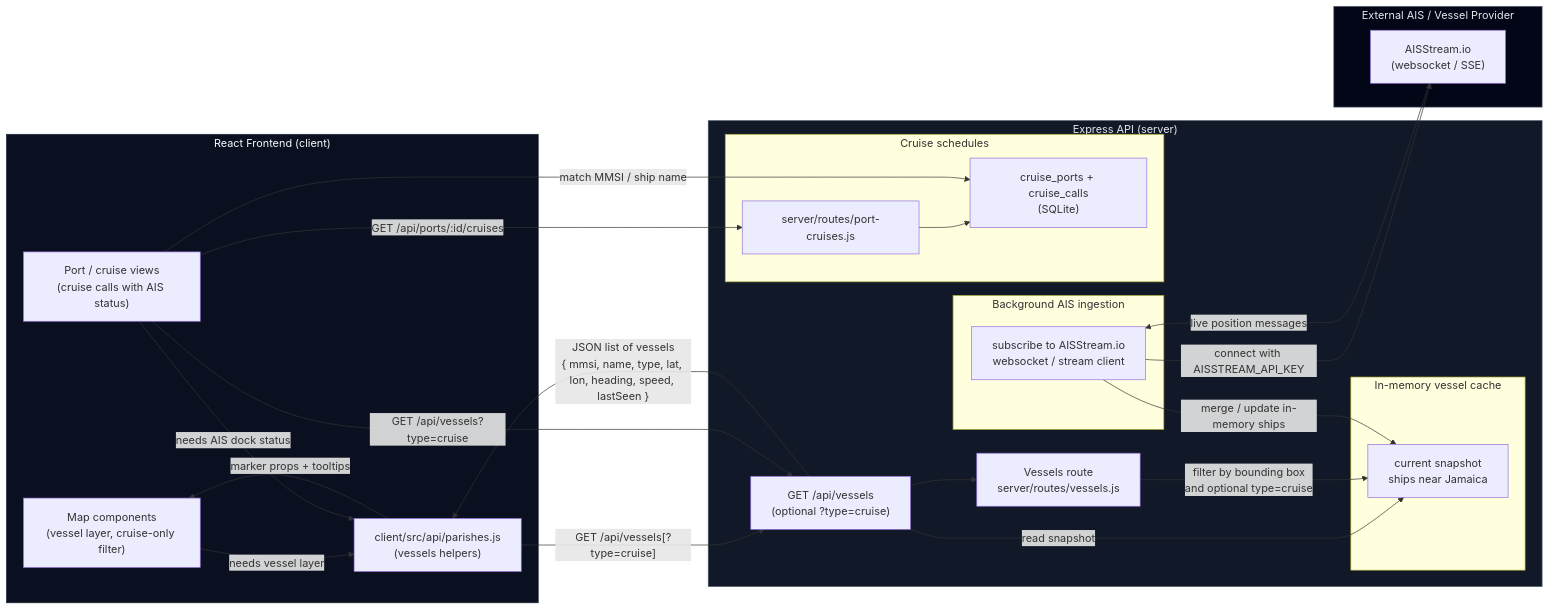
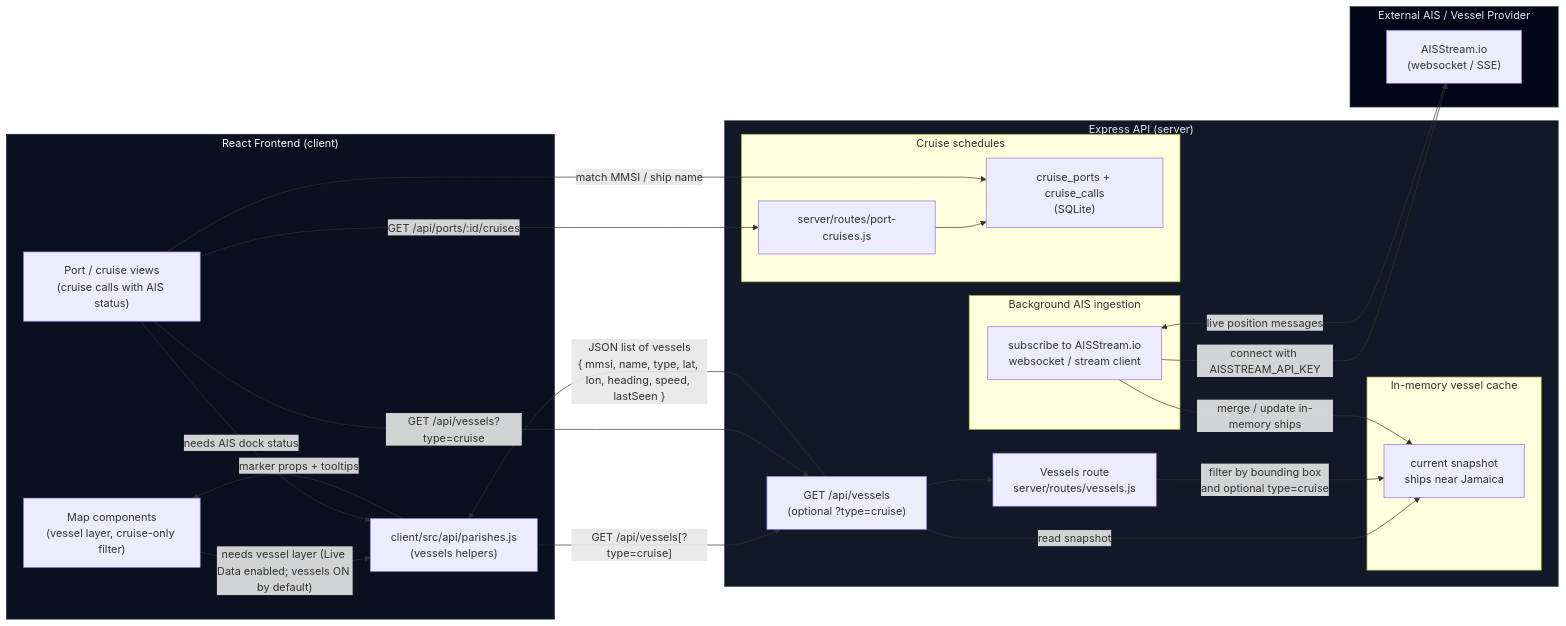
The diagram in docs/VESSEL-DATA-DIAGRAM.md (becomeonewiththecode/jamaica-parish-explorer), drawn with Mermaid before and after one commit. The commit also changed 7 other files, not shown here.

First line of the commit message:
Set live flights off by default

````diff
--- a/docs/VESSEL-DATA-DIAGRAM.md
+++ b/docs/VESSEL-DATA-DIAGRAM.md
@@ -5,67 +5,67 @@
 ```mermaid
 flowchart LR
   %% Frontend
   subgraph Frontend["React Frontend (client)"]
     Map["Map components<br/>(vessel layer, cruise-only filter)"]
     PortViews["Port / cruise views<br/>(cruise calls with AIS status)"]
     VesselsApiClient["client/src/api/parishes.js<br/>(vessels helpers)"]
   end
 
   %% Backend
   subgraph Backend["Express API (server)"]
     VesselsRoute["Vessels route<br/>server/routes/vessels.js"]
     VesselsEndpoint["GET /api/vessels<br/>(optional ?type=cruise)"]
 
     subgraph VesselCache["In-memory vessel cache"]
       VesselSnapshot["current snapshot<br/>ships near Jamaica"]
     end
 
     subgraph VesselJobs["Background AIS ingestion"]
       StreamTask["subscribe to AISStream.io<br/>websocket / stream client"]
     end
 
     subgraph CruiseData["Cruise schedules"]
       CruiseTables["cruise_ports + cruise_calls<br/>(SQLite)"]
       PortCruiseRoute["server/routes/port-cruises.js"]
     end
   end
 
   %% External providers
   subgraph VesselProviders["External AIS / Vessel Provider"]
     AIS["AISStream.io<br/>(websocket / SSE)"]
   end
 
   %% Frontend calls backend
-  Map -->|"needs vessel layer"| VesselsApiClient
+  Map -->|"needs vessel layer (Live Data enabled; vessels ON by default)"| VesselsApiClient
   PortViews -->|"needs AIS dock status"| VesselsApiClient
   VesselsApiClient -->|"GET /api/vessels[?type=cruise]"| VesselsEndpoint
 
   %% Endpoint uses cache + filters
   VesselsEndpoint -->|"read snapshot"| VesselSnapshot
   VesselsEndpoint --> VesselsRoute
   VesselsRoute -->|"filter by bounding box<br/>and optional type=cruise"| VesselSnapshot
 
   %% AIS ingestion populates snapshot
   StreamTask -->|"connect with AISSTREAM_API_KEY"| AIS
   AIS -->|"live position messages"| StreamTask
   StreamTask -->|"merge / update in-memory ships"| VesselSnapshot
 
   %% Cruise schedule correlation (port popup)
   PortCruiseRoute --> CruiseTables
   PortViews -->|"GET /api/ports/:id/cruises"| PortCruiseRoute
   PortViews -->|"GET /api/vessels?type=cruise"| VesselsEndpoint
   PortViews -->|"match MMSI / ship name"| CruiseTables
 
   %% Data back to frontend
   VesselsEndpoint -->|"JSON list of vessels<br/>{ mmsi, name, type, lat, lon, heading, speed, lastSeen }"| VesselsApiClient
   VesselsApiClient -->|"marker props + tooltips"| Map
 
   %% Legend
   classDef frontend fill:#0b1020,stroke:#1f2937,color:#f9fafb;
   classDef backend fill:#111827,stroke:#4b5563,color:#e5e7eb;
   classDef external fill:#020617,stroke:#4b5563,color:#e5e7eb;
 
   class Frontend frontend;
   class Backend backend;
   class VesselProviders external;
 ```
````
